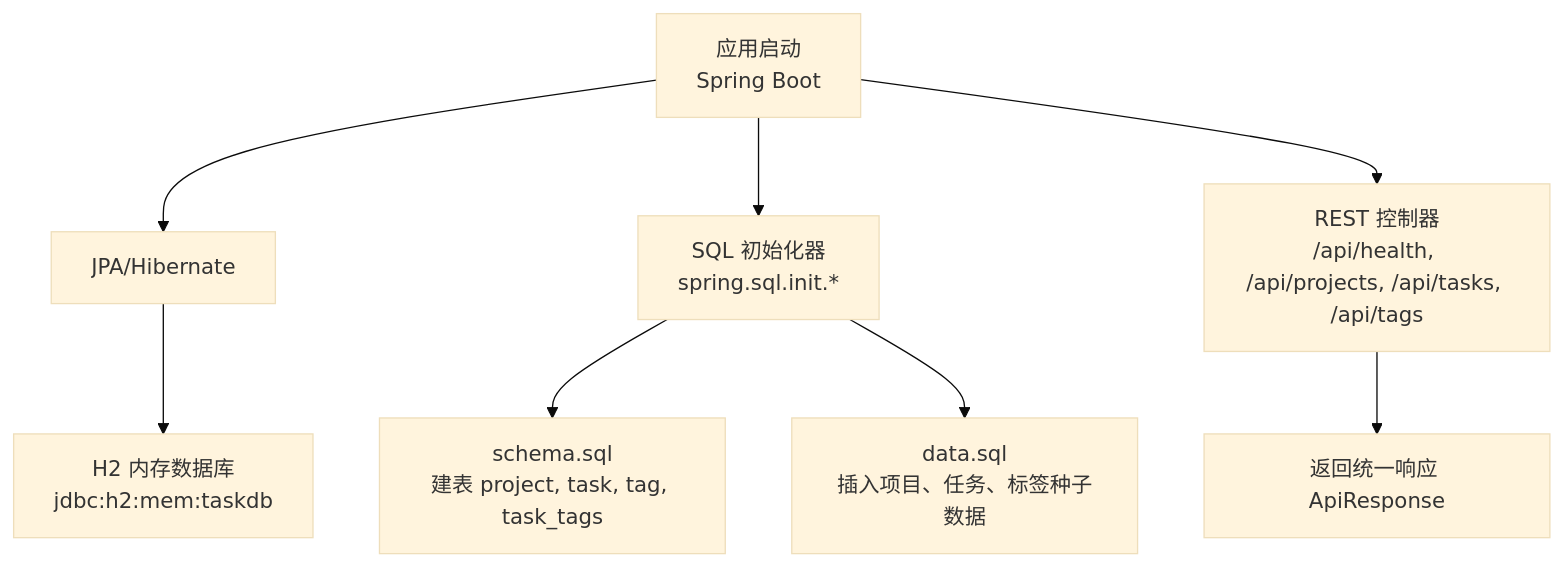
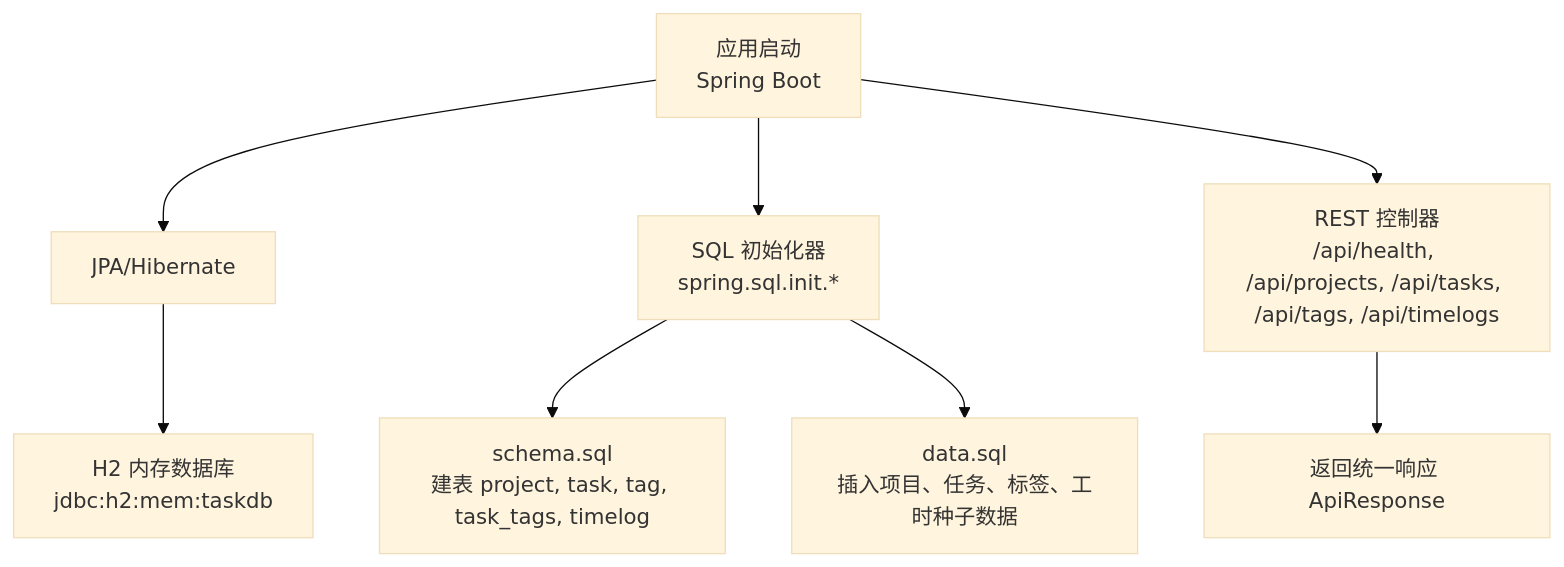
Before and after one commit to zhou9832/test1-qoder: the first of 6 diagrams in .qoder/repowiki/zh/content/数据库设计.md, drawn with Mermaid (base theme). The commit also changed other lines of this file and 51 other files, not shown here.

````diff
--- a/.qoder/repowiki/zh/content/数据库设计.md
+++ b/.qoder/repowiki/zh/content/数据库设计.md
@@ -40,10 +53,10 @@
 ```mermaid
 graph TB
 A["应用启动<br/>Spring Boot"] --> B["JPA/Hibernate"]
 B --> C["H2 内存数据库<br/>jdbc:h2:mem:taskdb"]
 A --> D["SQL 初始化器<br/>spring.sql.init.*"]
-D --> E["schema.sql<br/>建表 project, task, tag, task_tags"]
-D --> F["data.sql<br/>插入项目、任务、标签种子数据"]
-A --> G["REST 控制器<br/>/api/health, /api/projects, /api/tasks, /api/tags"]
+D --> E["schema.sql<br/>建表 project, task, tag, task_tags, timelog"]
+D --> F["data.sql<br/>插入项目、任务、标签、工时种子数据"]
+A --> G["REST 控制器<br/>/api/health, /api/projects, /api/tasks, /api/tags, /api/timelogs"]
 G --> H["返回统一响应 ApiResponse"]
 ```
````
